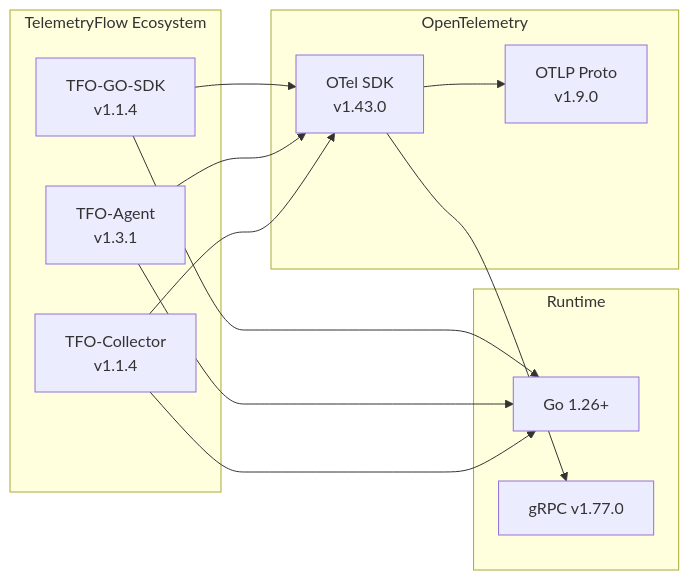
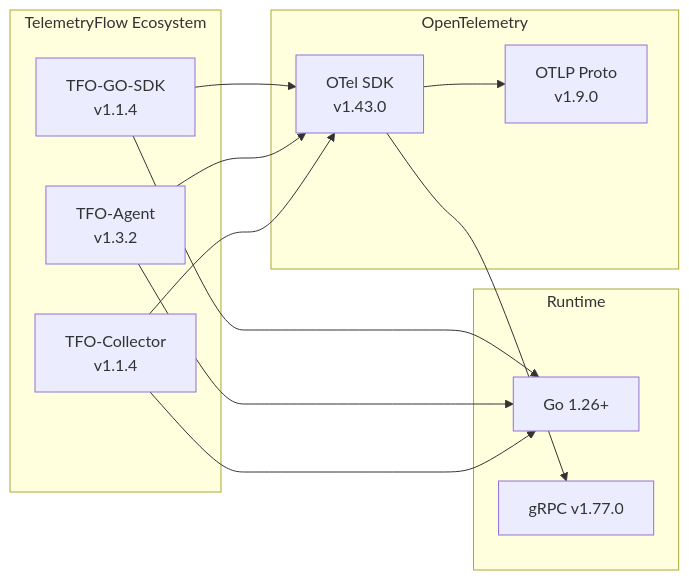
Diagram 13 of 15 in docs/ARCHITECTURE.md (telemetryflow/telemetryflow-agent), drawn with Mermaid before and after one commit. The commit also changed 29 other files, not shown here.

````diff
--- a/docs/ARCHITECTURE.md
+++ b/docs/ARCHITECTURE.md
@@ -530,29 +530,29 @@
 ```mermaid
 graph LR
     subgraph "TelemetryFlow Ecosystem"
         SDK[TFO-GO-SDK<br/>v1.1.4]
-        AGENT[TFO-Agent<br/>v1.3.1]
+        AGENT[TFO-Agent<br/>v1.3.2]
         COLL[TFO-Collector<br/>v1.1.4]
     end
 
     subgraph "OpenTelemetry"
         OTEL[OTel SDK<br/>v1.43.0]
         PROTO[OTLP Proto<br/>v1.9.0]
     end
 
     subgraph "Runtime"
         GO[Go 1.26+]
         GRPC[gRPC v1.77.0]
     end
 
     SDK --> OTEL
     AGENT --> OTEL
     COLL --> OTEL
 
     OTEL --> PROTO
     OTEL --> GRPC
 
     SDK --> GO
     AGENT --> GO
     COLL --> GO
 ```
````
